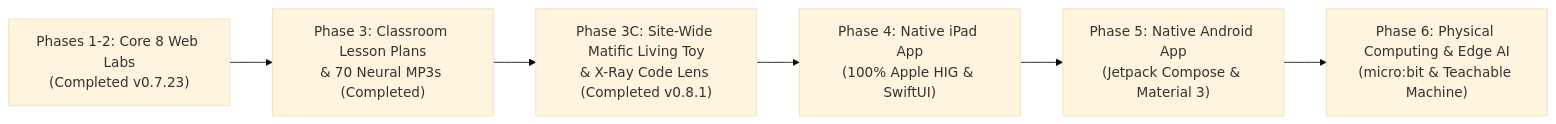
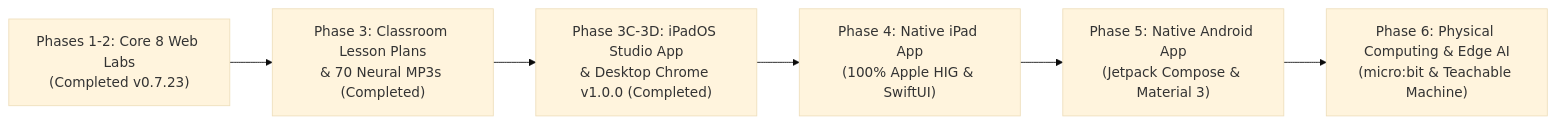
The diagram in ROADMAP.md (omerninyo/zenlab), drawn with Mermaid (base theme) before and after one commit. The commit also changed other lines of this file and 44 other files, not shown here.

````diff
--- a/ROADMAP.md
+++ b/ROADMAP.md
@@ -13,8 +13,8 @@
 ```mermaid
 flowchart LR
     P1["Phases 1-2: Core 8 Web Labs\n(Completed v0.7.23)"] --> P3["Phase 3: Classroom Lesson Plans\n& 70 Neural MP3s (Completed)"]
-    P3 --> P3C["Phase 3C: Site-Wide Matific Living Toy\n& X-Ray Code Lens (Completed v0.8.1)"]
+    P3 --> P3C["Phase 3C-3D: iPadOS Studio App\n& Desktop Chrome v1.0.0 (Completed)"]
     P3C --> P4["Phase 4: Native iPad App\n(100% Apple HIG & SwiftUI)"]
     P4 --> P5["Phase 5: Native Android App\n(Jetpack Compose & Material 3)"]
     P5 --> P6["Phase 6: Physical Computing & Edge AI\n(micro:bit & Teachable Machine)"]
 ```
````
